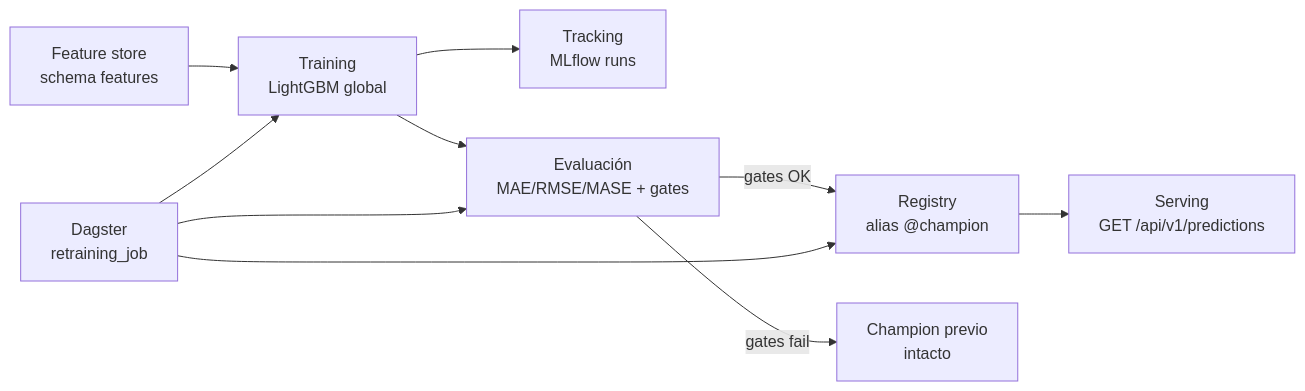
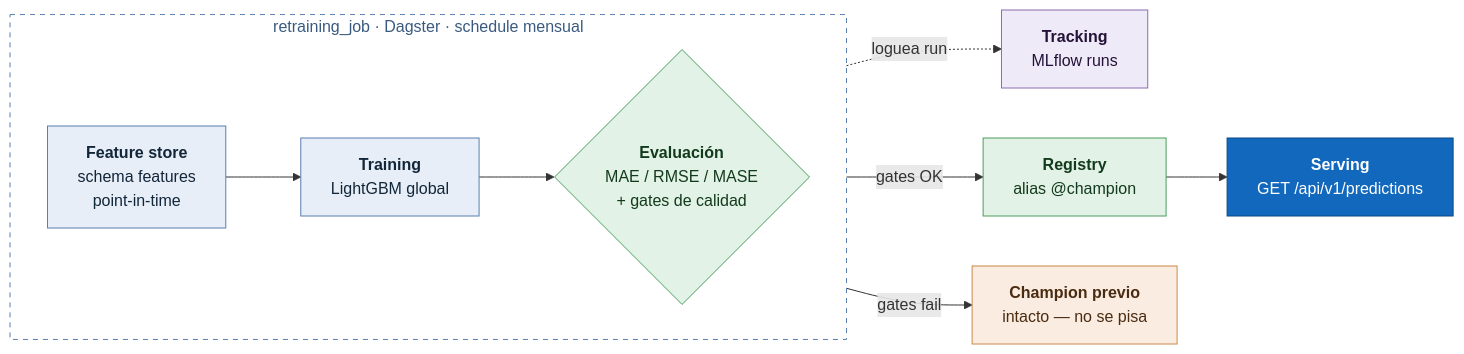
One commit to joaquinleondev/petrocast changed the diagram in docs/fase-3/README.md. Above: the diagram before and after it, drawn with Mermaid. The commit also changed other lines of this file and 4 other files, not shown here.

First line of the commit message:
docs(arquitectura): diagramas C4 y de flujo más limpios (#157)

````diff
--- a/docs/fase-3/README.md
+++ b/docs/fase-3/README.md
@@ -24,12 +24,25 @@
 ```mermaid
 flowchart LR
-  A["Feature store<br/>schema features"] --> B["Training<br/>LightGBM global"]
-  B --> C["Tracking<br/>MLflow runs"]
-  B --> D["Evaluación<br/>MAE/RMSE/MASE + gates"]
-  D -->|gates OK| E["Registry<br/>alias @champion"]
-  D -->|gates fail| F["Champion previo<br/>intacto"]
-  E --> G["Serving<br/>GET /api/v1/predictions"]
-  H["Dagster<br/>retraining_job"] --> B
-  H --> D
-  H --> E
+  subgraph job["retraining_job · Dagster · schedule mensual"]
+    direction LR
+    A["<b>Feature store</b><br/>schema features<br/>point-in-time"] --> B["<b>Training</b><br/>LightGBM global"]
+    B --> D{"<b>Evaluación</b><br/>MAE / RMSE / MASE<br/>+ gates de calidad"}
+  end
+
+  B -.->|"loguea run"| C["<b>Tracking</b><br/>MLflow runs"]
+  D -->|"gates OK"| E["<b>Registry</b><br/>alias @champion"]
+  D -->|"gates fail"| F["<b>Champion previo</b><br/>intacto — no se pisa"]
+  E --> G["<b>Serving</b><br/>GET /api/v1/predictions"]
+
+  classDef store fill:#e8eef7,stroke:#5a7fb0,color:#12263a;
+  classDef track fill:#efeaf7,stroke:#8a6db0,color:#241238;
+  classDef okpath fill:#e3f2e6,stroke:#4a9d5f,color:#123a1c;
+  classDef failpath fill:#faece0,stroke:#c98a4a,color:#4a2c12;
+  classDef serve fill:#1168bd,stroke:#0b4884,color:#ffffff;
+  class A,B store;
+  class C track;
+  class D,E okpath;
+  class F failpath;
+  class G serve;
+  style job fill:none,stroke:#5a7fb0,stroke-dasharray:5 5,color:#3a5a80;
 ```
````
